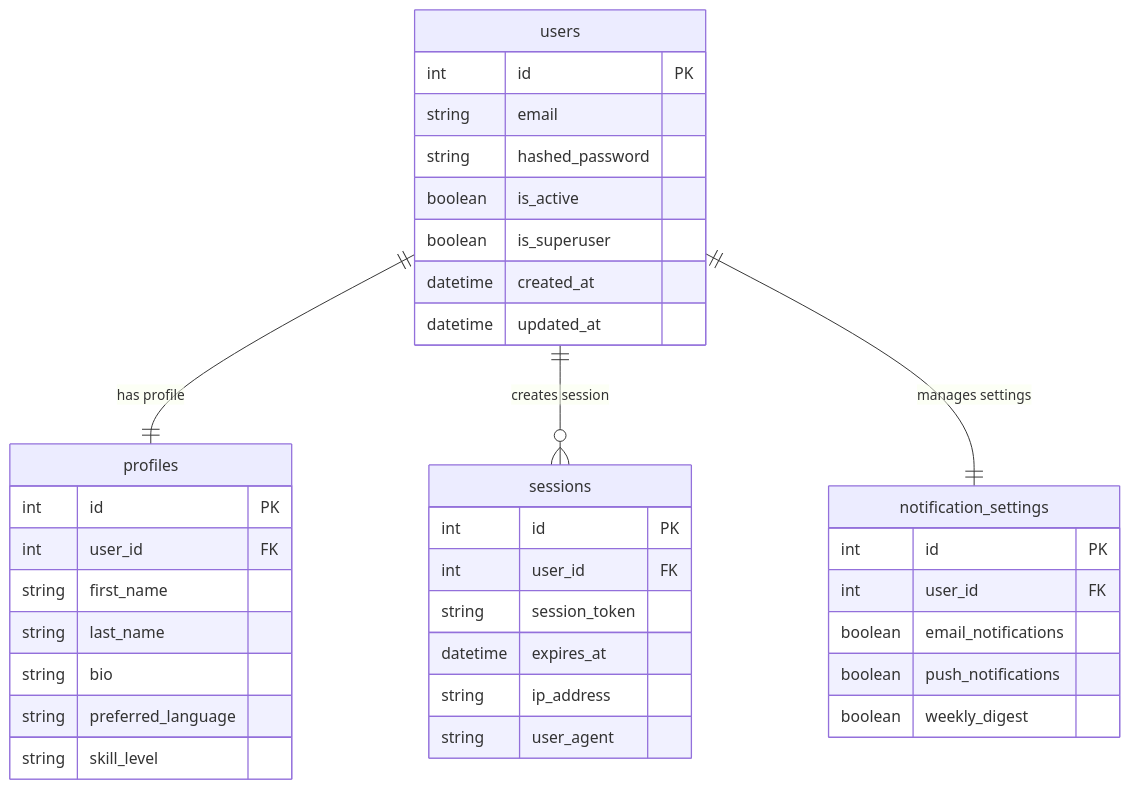
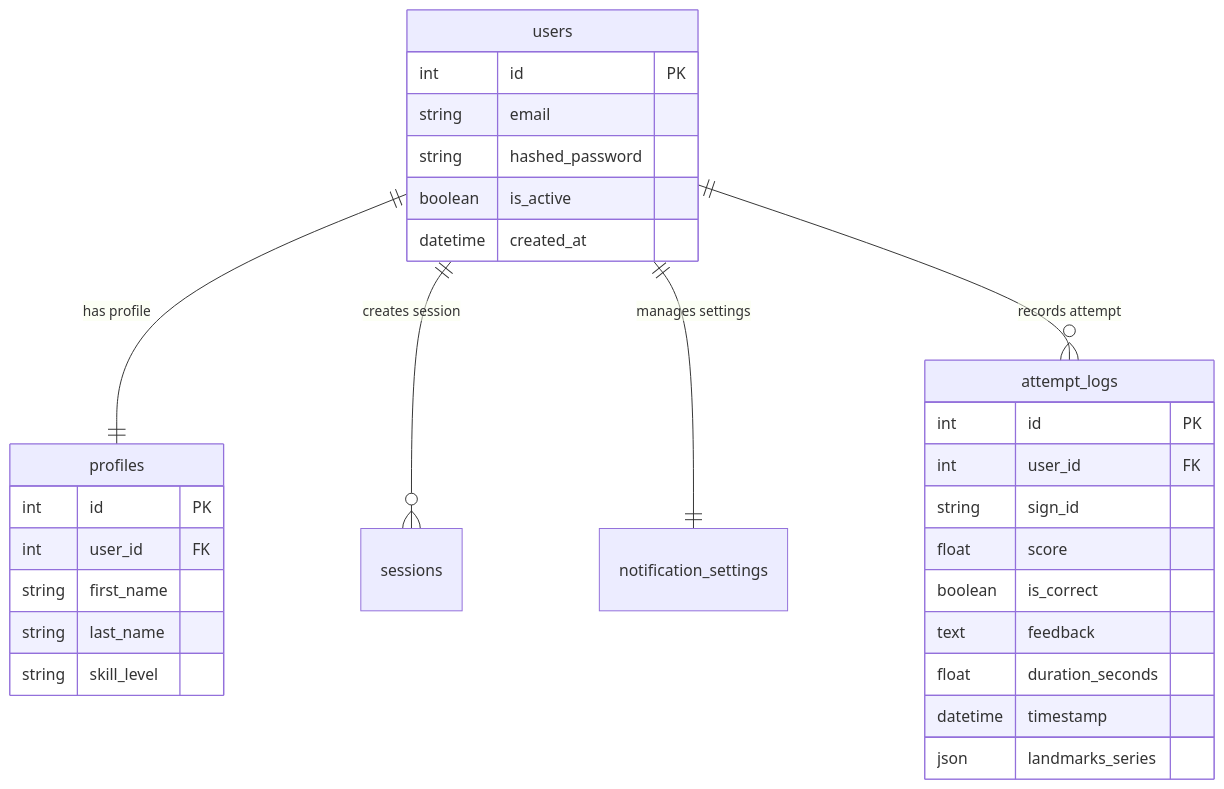
Before and after one commit to Arvindtechicon/SignLingo-AI: the second of 3 diagrams in README.md, drawn with Mermaid. The commit also changed other lines of this file and 13 other files, not shown here.

````diff
--- a/README.md
+++ b/README.md
@@ -25,40 +30,33 @@
 ```mermaid
 erDiagram
     users ||--|| profiles : "has profile"
     users ||--o{ sessions : "creates session"
     users ||--|| notification_settings : "manages settings"
+    users ||--o{ attempt_logs : "records attempt"
 
     users {
         int id PK
         string email
         string hashed_password
         boolean is_active
-        boolean is_superuser
         datetime created_at
-        datetime updated_at
     }
     profiles {
         int id PK
         int user_id FK
         string first_name
         string last_name
-        string bio
-        string preferred_language
         string skill_level
     }
-    sessions {
+    attempt_logs {
         int id PK
         int user_id FK
-        string session_token
-        datetime expires_at
-        string ip_address
-        string user_agent
-    }
-    notification_settings {
-        int id PK
-        int user_id FK
-        boolean email_notifications
-        boolean push_notifications
-        boolean weekly_digest
+        string sign_id
+        float score
+        boolean is_correct
+        text feedback
+        float duration_seconds
+        datetime timestamp
+        json landmarks_series
     }
 ```
````
